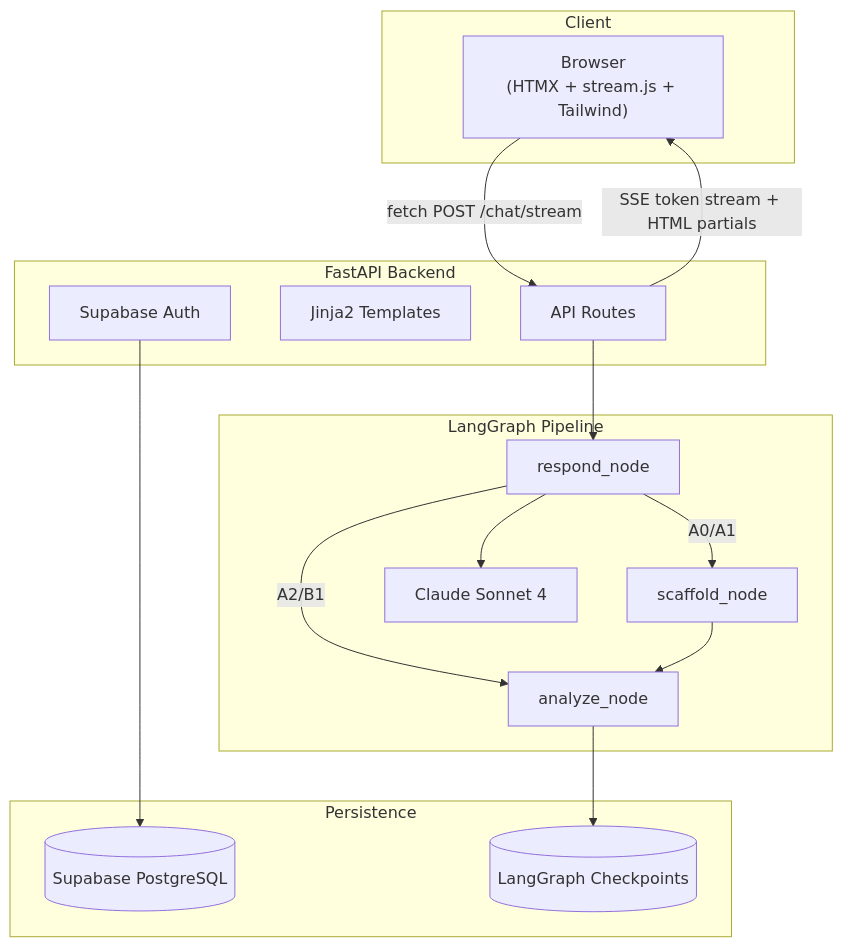
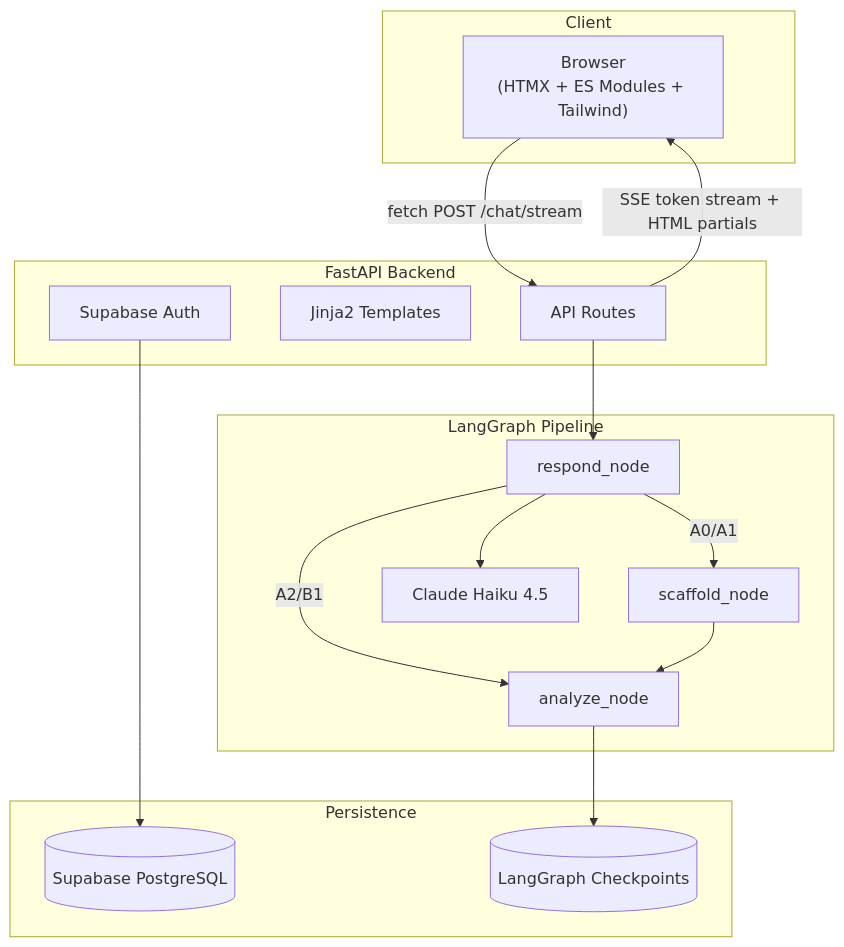
One commit to darth-dodo/habla-hermano changed the second of 4 diagrams in docs/codebase-summary.md. Above: the diagram before and after it, drawn with Mermaid. The commit also changed other lines of this file and 6 other files, not shown here.

````diff
--- a/docs/codebase-summary.md
+++ b/docs/codebase-summary.md
@@ -83,34 +89,34 @@
 ```mermaid
 flowchart TB
     subgraph Client
-        Browser["Browser<br/>(HTMX + stream.js + Tailwind)"]
+        Browser["Browser<br/>(HTMX + ES Modules + Tailwind)"]
     end
 
     subgraph Server["FastAPI Backend"]
         API[API Routes]
         Templates[Jinja2 Templates]
         Auth[Supabase Auth]
     end
 
     subgraph Pipeline["LangGraph Pipeline"]
         Respond[respond_node]
         Scaffold[scaffold_node]
         Analyze[analyze_node]
-        Claude["Claude Sonnet 4"]
+        Claude["Claude Haiku 4.5"]
     end
 
     subgraph Storage["Persistence"]
         Supabase[(Supabase PostgreSQL)]
         Checkpoint[(LangGraph Checkpoints)]
     end
 
     Browser -->|fetch POST /chat/stream| API
     API -->|SSE token stream + HTML partials| Browser
     API --> Respond
     Respond --> Claude
     Respond -->|A0/A1| Scaffold
     Respond -->|A2/B1| Analyze
     Scaffold --> Analyze
     Analyze --> Checkpoint
     Auth --> Supabase
 ```
````
